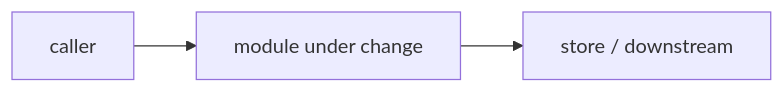
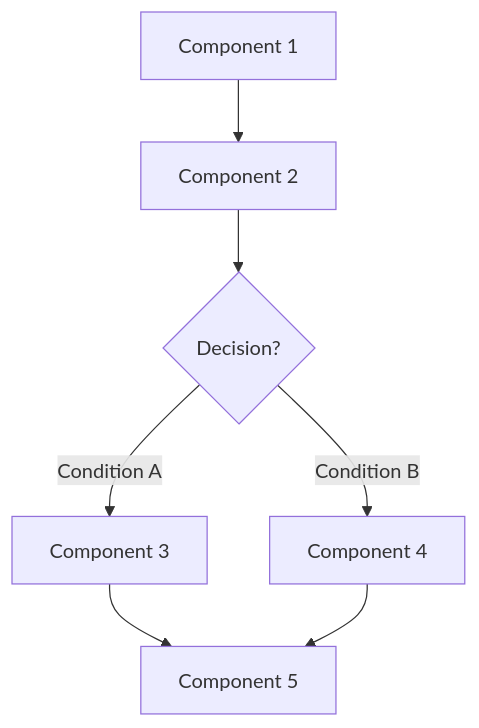
The first of 2 diagrams in .github/ISSUE_TEMPLATE/issue.md (DICOMPUTE/Open), drawn with Mermaid before and after one commit. The commit also changed other lines of this file, not shown here.

````diff
--- a/.github/ISSUE_TEMPLATE/issue.md
+++ b/.github/ISSUE_TEMPLATE/issue.md
@@ -65,4 +80,9 @@
 ```mermaid
-flowchart LR
-  A[caller] --> B[module under change] --> C[store / downstream]
+graph TD
+    A[Component 1] --> B[Component 2]
+    B --> C{Decision?}
+    C -->|Condition A| D[Component 3]
+    C -->|Condition B| E[Component 4]
+    D --> F[Component 5]
+    E --> F
 ```
````
